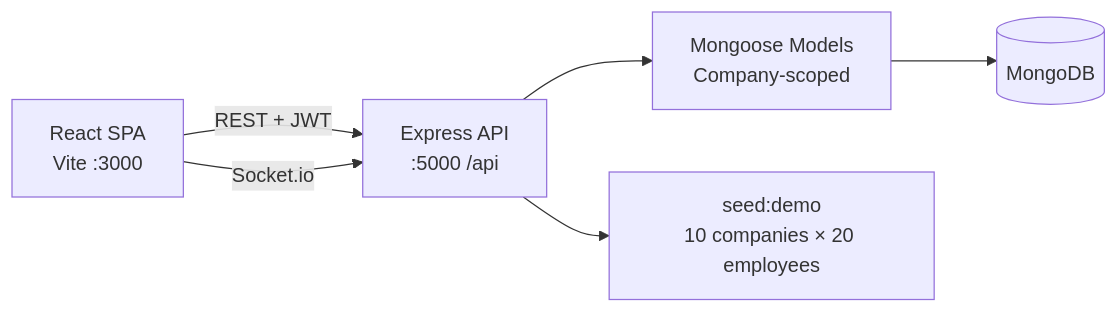
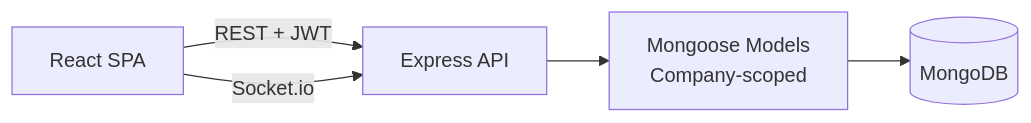
The diagram in README.md (rezwanhritom/Enterprise-Resource-Planning-ERP-System), drawn with Mermaid before and after one commit. The commit also changed other lines of this file and 6 other files, not shown here.

````diff
--- a/README.md
+++ b/README.md
@@ -34,8 +34,7 @@
 ```mermaid
 flowchart LR
-  Browser["React SPA<br/>Vite :3000"] -->|REST + JWT| API["Express API<br/>:5000 /api"]
+  Browser["React SPA"] -->|REST + JWT| API["Express API"]
   Browser -->|Socket.io| API
   API --> Models["Mongoose Models<br/>Company-scoped"]
   Models --> Mongo[(MongoDB)]
-  API --> Seed["seed:demo<br/>10 companies × 20 employees"]
 ```
````
